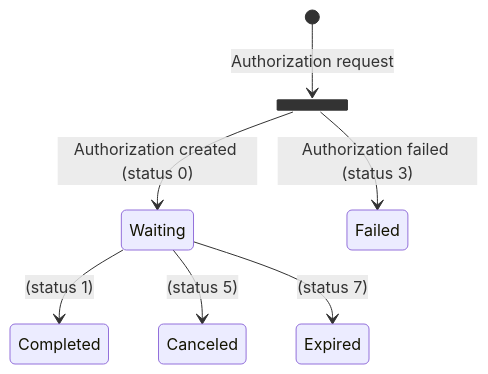
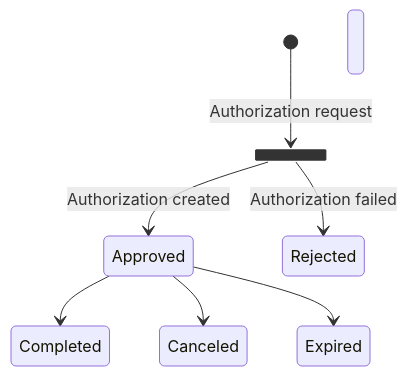
The first of 3 diagrams in docs/usecases/cards/operations/CardsOperations.md (pomme-clic/s-money-documentation), drawn with Mermaid before and after one commit. The commit also changed other lines of this file, not shown here.

````diff
--- a/docs/usecases/cards/operations/CardsOperations.md
+++ b/docs/usecases/cards/operations/CardsOperations.md
@@ -201,10 +12,13 @@
 ```mermaid
 stateDiagram-v2
  state fork_state <<fork>>
       [*] --> fork_state: Authorization request
-      fork_state --> Waiting: Authorization created (status 0)
-      fork_state --> Failed: Authorization failed (status 3)
-    Waiting --> Completed :(status 1)
-    Waiting --> Canceled :(status 5)
-       Waiting--> Expired :(status 7)
+      fork_state --> Approved: Authorization created
+      fork_state --> Rejected: Authorization failed
+    Approved --> Completed
+    Approved --> Canceled 
+    Approved--> Expired
+
+<br/><br/>
+
 ```
````
